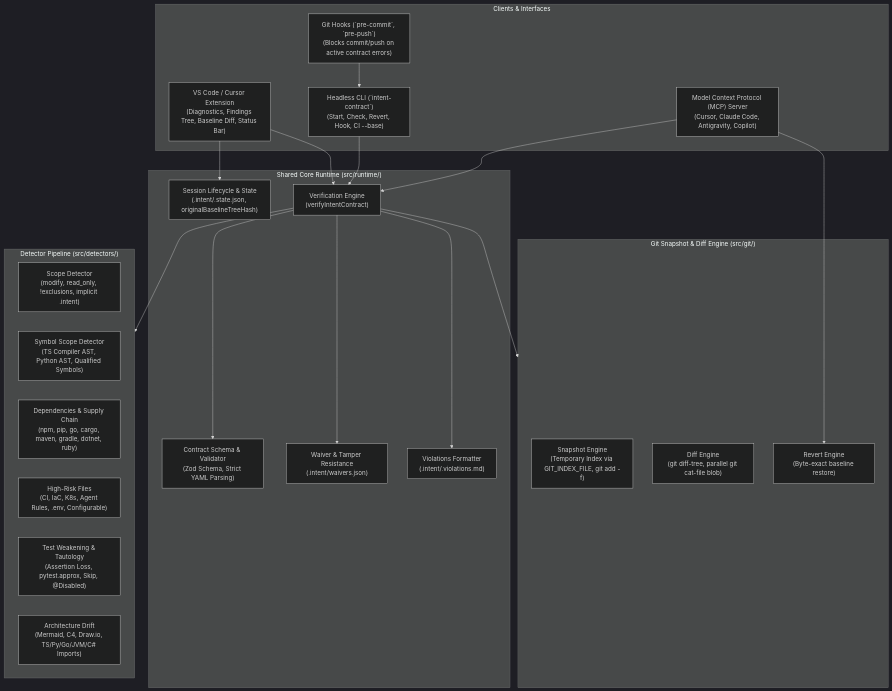
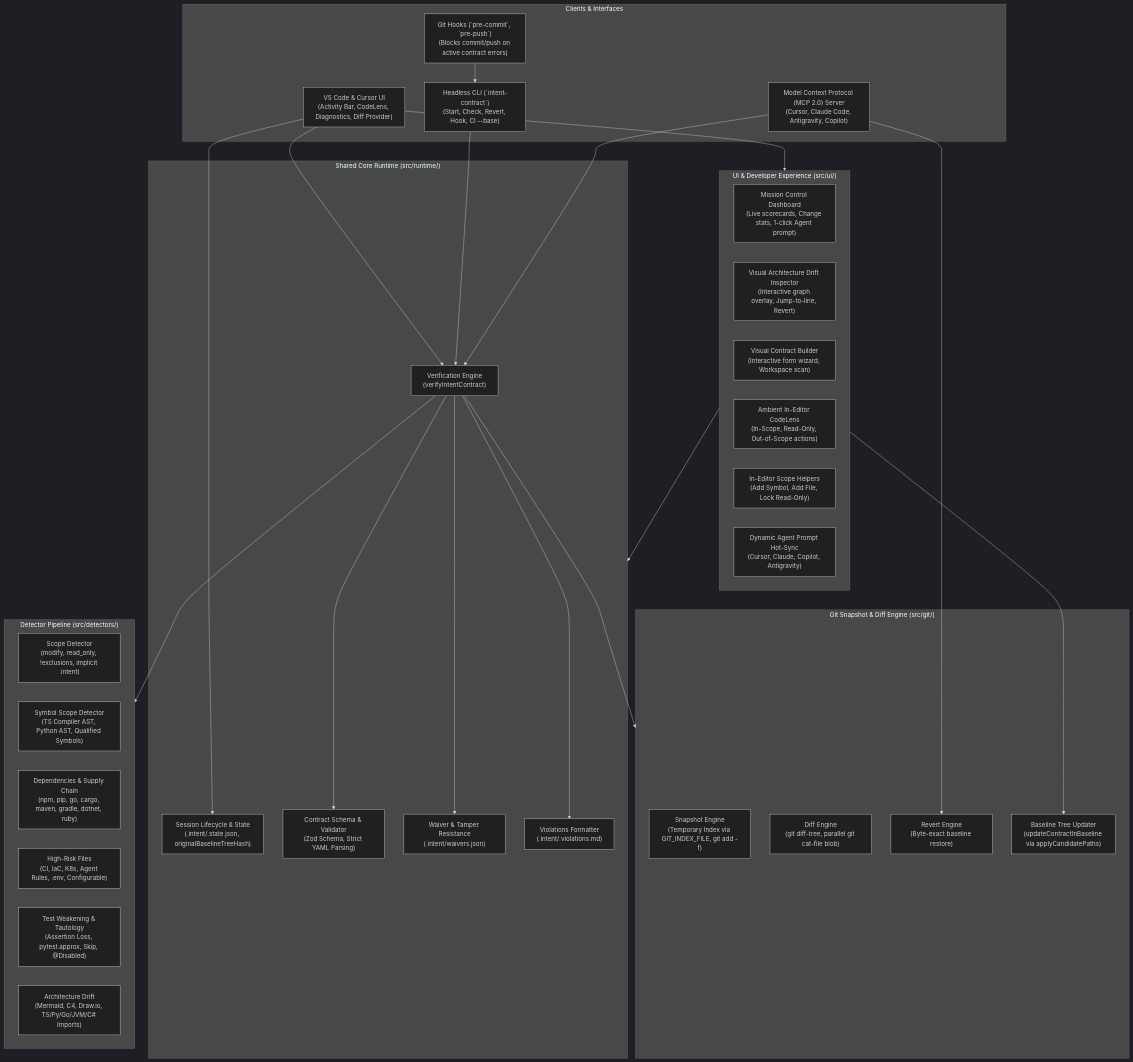
One commit to anilkumar4/intent-contract-vs-ext changed the first of 3 diagrams in docs/intent-contract-architecture.md. Above: the diagram before and after it, drawn with Mermaid (dark theme). The commit also changed other lines of this file and 7 other files, not shown here.

Commit message:
feat(ux,sync): deliver Phase 5 (Ambient In-Editor CodeLens, Agent Prompt Hot-Sync & Architecture Docs)

````diff
--- a/docs/intent-contract-architecture.md
+++ b/docs/intent-contract-architecture.md
@@ -44,45 +44,58 @@
 ```mermaid
 flowchart TD
     subgraph Clients["Clients & Interfaces"]
-        IDE["VS Code / Cursor Extension<br/>(Diagnostics, Findings Tree, Baseline Diff, Status Bar)"]
+        IDE["VS Code & Cursor UI<br/>(Activity Bar, CodeLens, Diagnostics, Diff Provider)"]
         CLI["Headless CLI (`intent-contract`)<br/>(Start, Check, Revert, Hook, CI --base)"]
-        MCP["Model Context Protocol (MCP) Server<br/>(Cursor, Claude Code, Antigravity, Copilot)"]
+        MCP["Model Context Protocol (MCP 2.0) Server<br/>(Cursor, Claude Code, Antigravity, Copilot)"]
         HOOKS["Git Hooks (`pre-commit`, `pre-push`)<br/>(Blocks commit/push on active contract errors)"]
+    end
+
+    subgraph UILayer["UI & Developer Experience (src/ui/)"]
+        Dashboard["Mission Control Dashboard<br/>(Live scorecards, Change stats, 1-click Agent prompt)"]
+        ArchInspector["Visual Architecture Drift Inspector<br/>(Interactive graph overlay, Jump-to-line, Revert)"]
+        VisualBuilder["Visual Contract Builder<br/>(Interactive form wizard, Workspace scan)"]
+        CodeLens["Ambient In-Editor CodeLens<br/>(In-Scope, Read-Only, Out-of-Scope actions)"]
+        ScopeHelpers["In-Editor Scope Helpers<br/>(Add Symbol, Add File, Lock Read-Only)"]
+        AgentSync["Dynamic Agent Prompt Hot-Sync<br/>(Cursor, Claude, Copilot, Antigravity)"]
     end
 
     subgraph Runtime["Shared Core Runtime (src/runtime/)"]
         Lifecycle["Session Lifecycle & State<br/>(.intent/.state.json, originalBaselineTreeHash)"]
         ContractLoader["Contract Schema & Validator<br/>(Zod Schema, Strict YAML Parsing)"]
         VerificationEngine["Verification Engine<br/>(verifyIntentContract)"]
         Waivers["Waiver & Tamper Resistance<br/>(.intent/waivers.json)"]
         Violations["Violations Formatter<br/>(.intent/.violations.md)"]
     end
 
     subgraph GitEngine["Git Snapshot & Diff Engine (src/git/)"]
         Snapshot["Snapshot Engine<br/>(Temporary Index via GIT_INDEX_FILE, git add -f)"]
         DiffEngine["Diff Engine<br/>(git diff-tree, parallel git cat-file blob)"]
         RevertEngine["Revert Engine<br/>(Byte-exact baseline restore)"]
+        BaselineSync["Baseline Tree Updater<br/>(updateContractInBaseline via applyCandidatePaths)"]
     end
 
     subgraph Detectors["Detector Pipeline (src/detectors/)"]
         D_Scope["Scope Detector<br/>(modify, read_only, !exclusions, implicit .intent)"]
         D_Symbol["Symbol Scope Detector<br/>(TS Compiler AST, Python AST, Qualified Symbols)"]
         D_Dep["Dependencies & Supply Chain<br/>(npm, pip, go, cargo, maven, gradle, dotnet, ruby)"]
         D_Risk["High-Risk Files<br/>(CI, IaC, K8s, Agent Rules, .env, Configurable)"]
         D_Test["Test Weakening & Tautology<br/>(Assertion Loss, pytest.approx, Skip, @Disabled)"]
         D_Arch["Architecture Drift<br/>(Mermaid, C4, Draw.io, TS/Py/Go/JVM/C# Imports)"]
     end
 
+    IDE --> UILayer
+    UILayer --> Runtime
+    UILayer --> BaselineSync
     IDE --> Lifecycle
     IDE --> VerificationEngine
     CLI --> VerificationEngine
     HOOKS --> CLI
     MCP --> VerificationEngine
     MCP --> RevertEngine
 
     VerificationEngine --> ContractLoader
     VerificationEngine --> GitEngine
     VerificationEngine --> Detectors
     VerificationEngine --> Waivers
     VerificationEngine --> Violations
 ```
````
